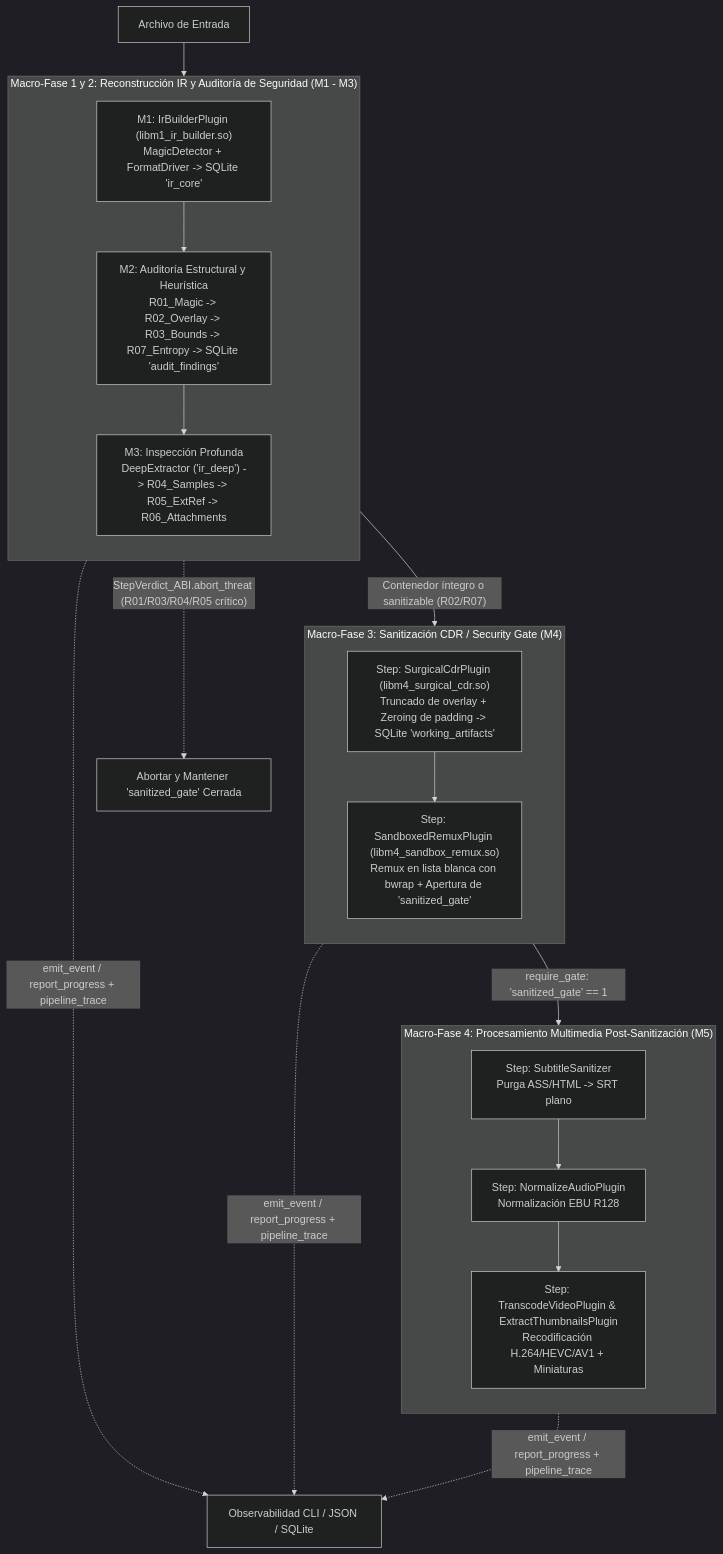
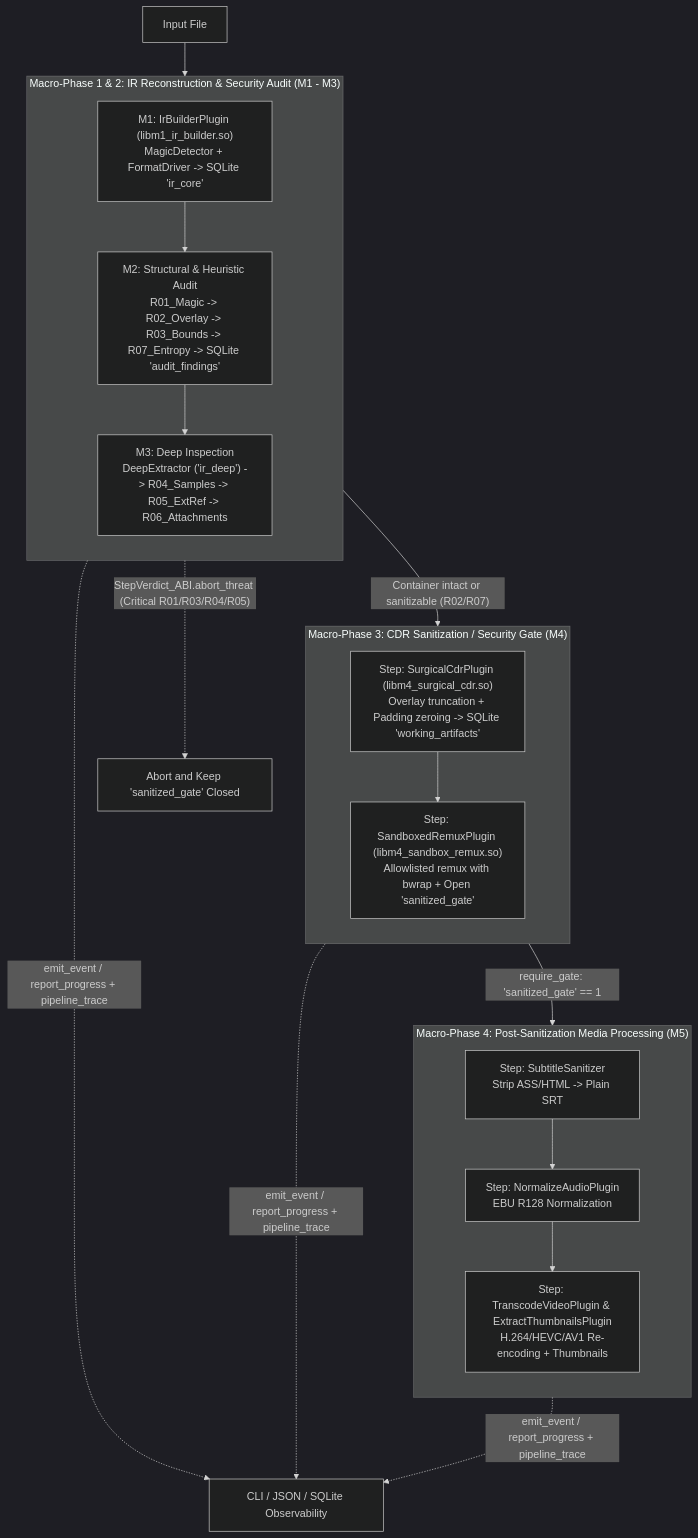
One commit to g-gar/vidsec changed the third of 3 diagrams in docs/v1/arquitectura_video_shield.md. Above: the diagram before and after it, drawn with Mermaid (dark theme). The commit also changed other lines of this file and 8 other files, not shown here.

Commit message:
docs(v1): translate v1 architecture and milestone specs to English and remove local paths

````diff
--- a/docs/v1/arquitectura_video_shield.md
+++ b/docs/v1/arquitectura_video_shield.md
@@ -196,28 +196,28 @@
 ```mermaid
 flowchart TB
-    Input["Archivo de Entrada"] --> G1
+    Input["Input File"] --> G1
 
-    subgraph G1 ["Macro-Fase 1 y 2: Reconstrucción IR y Auditoría de Seguridad (M1 - M3)"]
+    subgraph G1 ["Macro-Phase 1 & 2: IR Reconstruction & Security Audit (M1 - M3)"]
         direction TB
-        S1_1["M1: IrBuilderPlugin (libm1_ir_builder.so)<br/>MagicDetector + FormatDriver -> SQLite 'ir_core'"] --> S1_2["M2: Auditoría Estructural y Heurística<br/>R01_Magic -> R02_Overlay -> R03_Bounds -> R07_Entropy -> SQLite 'audit_findings'"]
-        S1_2 --> S1_3["M3: Inspección Profunda<br/>DeepExtractor ('ir_deep') -> R04_Samples -> R05_ExtRef -> R06_Attachments"]
+        S1_1["M1: IrBuilderPlugin (libm1_ir_builder.so)<br/>MagicDetector + FormatDriver -> SQLite 'ir_core'"] --> S1_2["M2: Structural & Heuristic Audit<br/>R01_Magic -> R02_Overlay -> R03_Bounds -> R07_Entropy -> SQLite 'audit_findings'"]
+        S1_2 --> S1_3["M3: Deep Inspection<br/>DeepExtractor ('ir_deep') -> R04_Samples -> R05_ExtRef -> R06_Attachments"]
     end
 
-    G1 -->|"Contenedor íntegro o sanitizable (R02/R07)"| G2
-    G1 -.->|"StepVerdict_ABI.abort_threat (R01/R03/R04/R05 crítico)"| Abort["Abortar y Mantener 'sanitized_gate' Cerrada"]
+    G1 -->|"Container intact or sanitizable (R02/R07)"| G2
+    G1 -.->|"StepVerdict_ABI.abort_threat (Critical R01/R03/R04/R05)"| Abort["Abort and Keep 'sanitized_gate' Closed"]
 
-    subgraph G2 ["Macro-Fase 3: Sanitización CDR / Security Gate (M4)"]
+    subgraph G2 ["Macro-Phase 3: CDR Sanitization / Security Gate (M4)"]
         direction TB
-        S2_1["Step: SurgicalCdrPlugin (libm4_surgical_cdr.so)<br/>Truncado de overlay + Zeroing de padding -> SQLite 'working_artifacts'"] --> S2_2["Step: SandboxedRemuxPlugin (libm4_sandbox_remux.so)<br/>Remux en lista blanca con bwrap + Apertura de 'sanitized_gate'"]
+        S2_1["Step: SurgicalCdrPlugin (libm4_surgical_cdr.so)<br/>Overlay truncation + Padding zeroing -> SQLite 'working_artifacts'"] --> S2_2["Step: SandboxedRemuxPlugin (libm4_sandbox_remux.so)<br/>Allowlisted remux with bwrap + Open 'sanitized_gate'"]
     end
 
     G2 -->|"require_gate: 'sanitized_gate' == 1"| G3
 
-    subgraph G3 ["Macro-Fase 4: Procesamiento Multimedia Post-Sanitización (M5)"]
+    subgraph G3 ["Macro-Phase 4: Post-Sanitization Media Processing (M5)"]
         direction TB
-        S3_1["Step: SubtitleSanitizer<br/>Purga ASS/HTML -> SRT plano"] --> S3_2["Step: NormalizeAudioPlugin<br/>Normalización EBU R128"]
-        S3_2 --> S3_3["Step: TranscodeVideoPlugin & ExtractThumbnailsPlugin<br/>Recodificación H.264/HEVC/AV1 + Miniaturas"]
+        S3_1["Step: SubtitleSanitizer<br/>Strip ASS/HTML -> Plain SRT"] --> S3_2["Step: NormalizeAudioPlugin<br/>EBU R128 Normalization"]
+        S3_2 --> S3_3["Step: TranscodeVideoPlugin & ExtractThumbnailsPlugin<br/>H.264/HEVC/AV1 Re-encoding + Thumbnails"]
     end
 
-    G1 & G2 & G3 -.->|"emit_event / report_progress + pipeline_trace"| Obs["Observabilidad CLI / JSON / SQLite"]
+    G1 & G2 & G3 -.->|"emit_event / report_progress + pipeline_trace"| Obs["CLI / JSON / SQLite Observability"]
 ```
````
